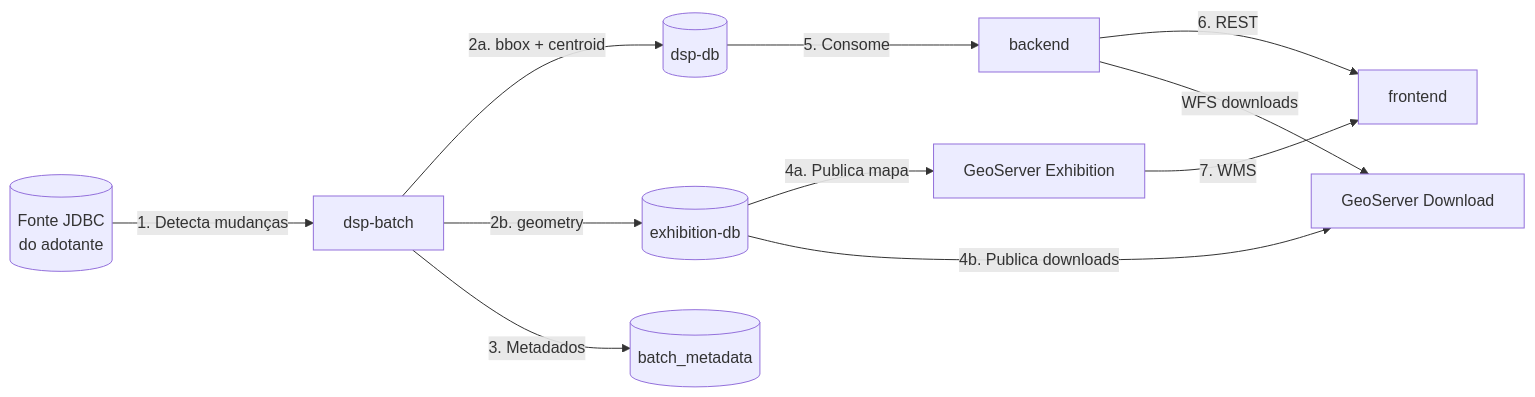
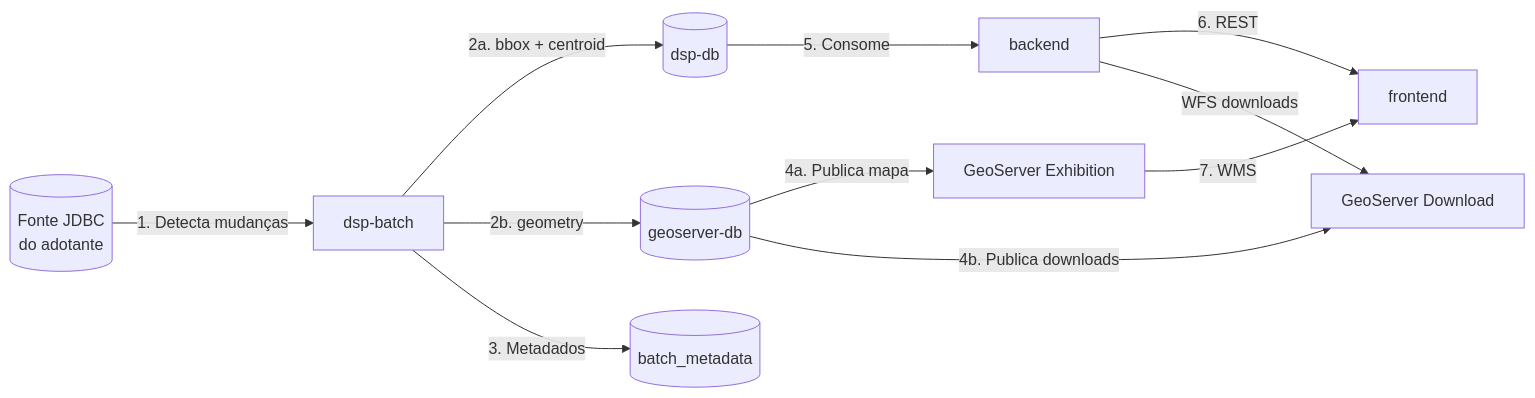
The fourth of 4 diagrams in docs/architecture/overview.md (kleber-albino/rer-dsp-docs), drawn with Mermaid before and after one commit. The commit also changed other lines of this file and 14 other files, not shown here.

First line of the commit message:
docs: rename ` geoserver-exhibition-db` references to `geoserver-db` across documentation

````diff
--- a/docs/architecture/overview.md
+++ b/docs/architecture/overview.md
@@ -149,13 +149,13 @@
 ```mermaid
 flowchart LR
   A[(Fonte JDBC<br/>do adotante)] -->|1. Detecta mudanças| B[dsp-batch]
   B -->|2a. bbox + centroid| C[(dsp-db)]
-  B -->|2b. geometry| E[(exhibition-db)]
+  B -->|2b. geometry| E[(geoserver-db)]
   B -->|3. Metadados| D[(batch_metadata)]
   E -->|4a. Publica mapa| GEx[GeoServer Exhibition]
   E -->|4b. Publica downloads| GDl[GeoServer Download]
   C -->|5. Consome| F[backend]
   F -->|6. REST| H[frontend]
   F -->|WFS downloads| GDl
   GEx -->|7. WMS| H
 ```
````
